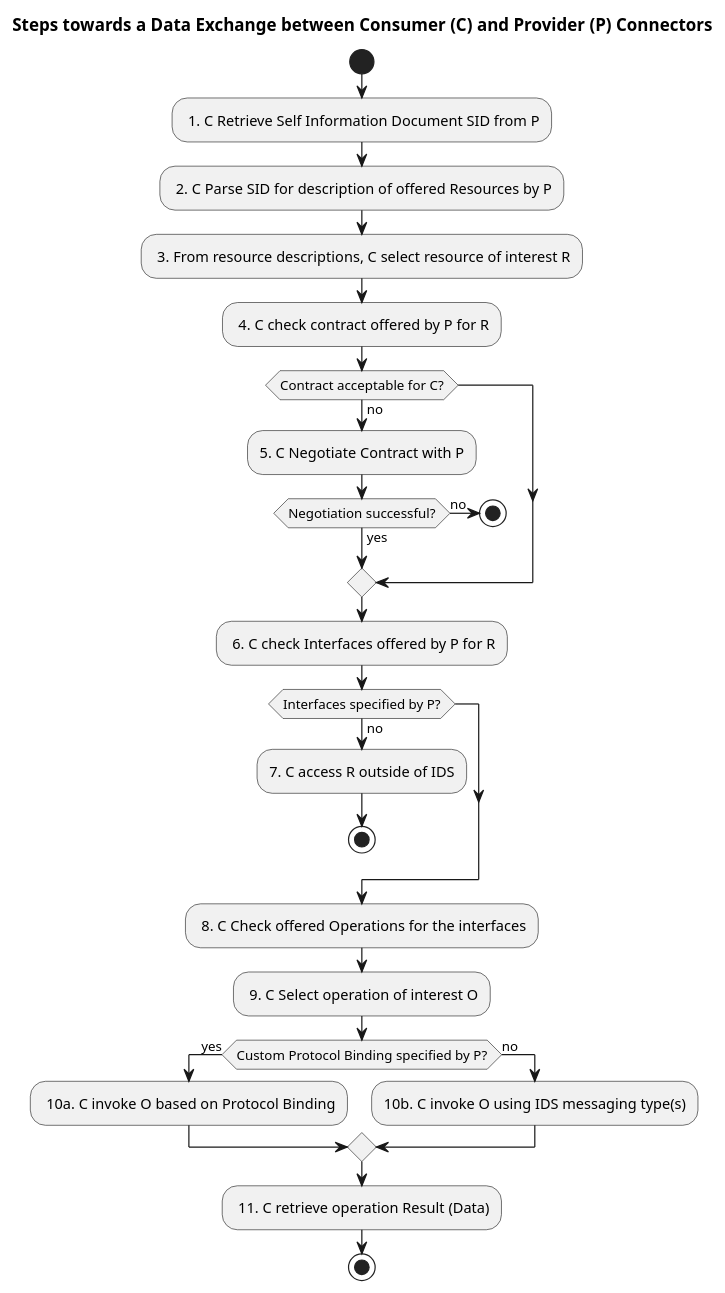
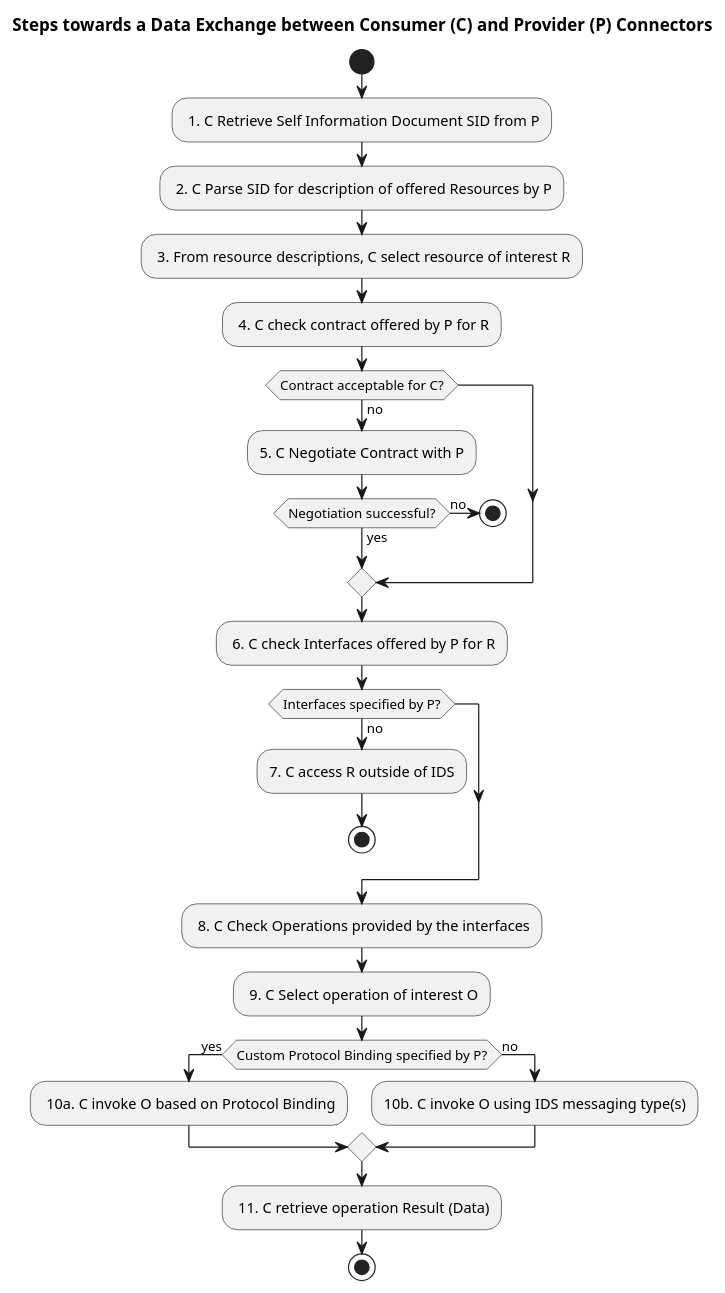
Before and after one commit to IndustrialDataSpace/Documentation: the diagram in connector_connector_interaction.plantuml, drawn with PlantUML.

Commit message:
improve wording

```diff
--- a/connector_connector_interaction.plantuml
+++ b/connector_connector_interaction.plantuml
@@ -1,42 +1,42 @@
 @startuml
 
 start
 
 title Steps towards a Data Exchange between Consumer (C) and Provider (P) Connectors
 
 : 1. C Retrieve Self Information Document SID from P;
 : 2. C Parse SID for description of offered Resources by P;
 : 3. From resource descriptions, C select resource of interest R;
 : 4. C check contract offered by P for R;
 
 if (Contract acceptable for C?) then (no)
     :5. C Negotiate Contract with P;
 
     if (Negotiation successful?) then (yes)
         else (no)
             stop
     endif
 endif
 
 : 6. C check Interfaces offered by P for R;
 
 if (Interfaces specified by P?) then (no)
     :7. C access R outside of IDS;
     stop
 endif
 
-: 8. C Check offered Operations for the interfaces;
+: 8. C Check Operations provided by the interfaces;
 : 9. C Select operation of interest O;
 
 if (Custom Protocol Binding specified by P?) then (yes)
     : 10a. C invoke O based on Protocol Binding;
 
     else (no)
     :10b. C invoke O using IDS messaging type(s);
 endif
 
 : 11. C retrieve operation Result (Data);
 
 stop
 
 @enduml
```
